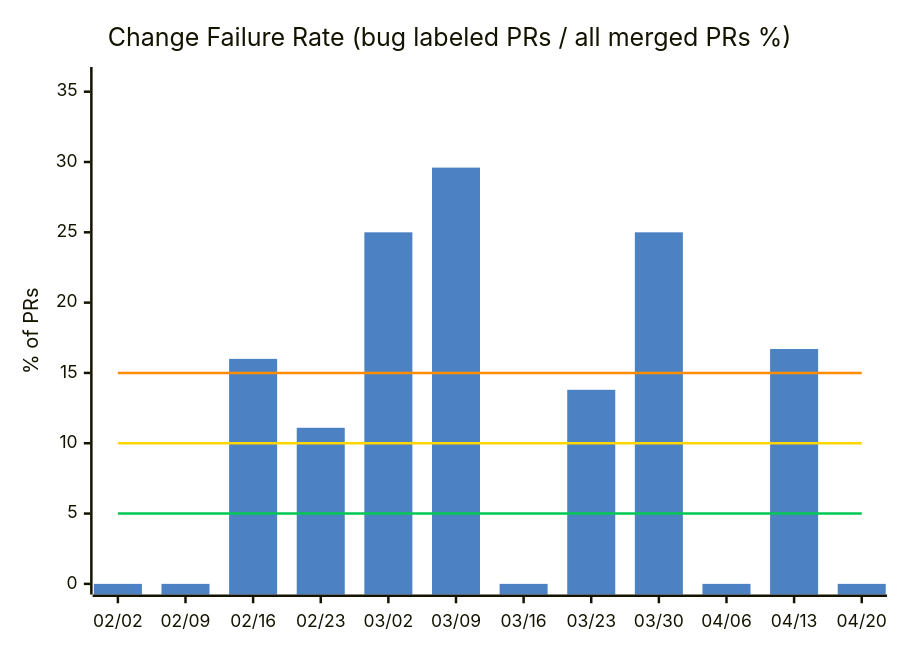
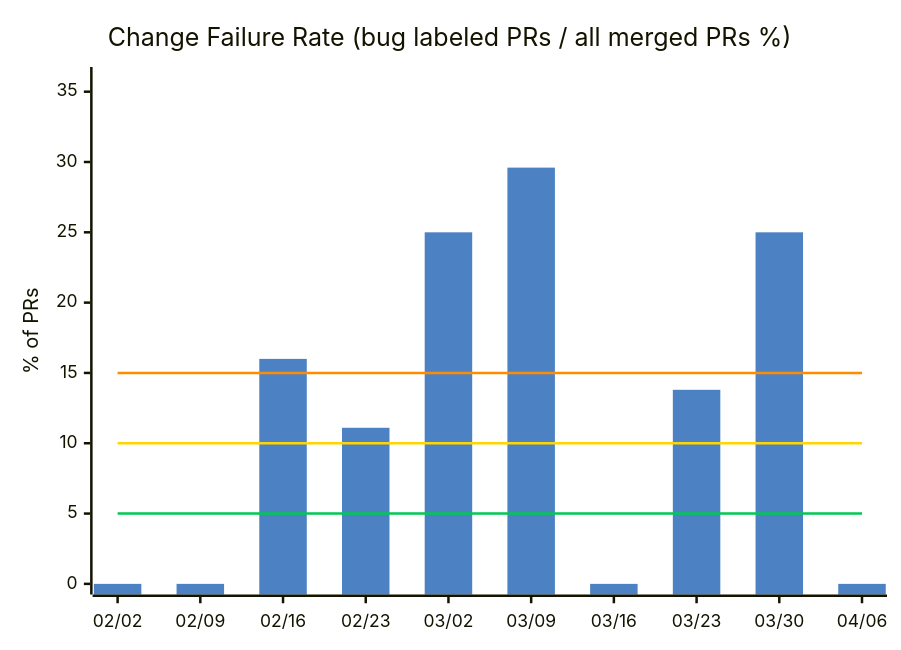
One commit to nablarch/nabledge-dev changed the third of 14 diagrams in docs/metrics.md. Above: the diagram before and after it, drawn with Mermaid. The commit also changed other lines of this file and 13372 other files, not shown here.

````diff
--- a/docs/metrics.md
+++ b/docs/metrics.md
@@ -61,11 +61,11 @@
 ```mermaid
 %%{init: {'theme': 'base', 'themeVariables': {'xyChart': {'plotColorPalette': '#4C82C3,#00C853,#FFD600,#FF8C00'}}}}%%
 xychart-beta
   title "Change Failure Rate (bug labeled PRs / all merged PRs %)"
-  x-axis ["02/02", "02/09", "02/16", "02/23", "03/02", "03/09", "03/16", "03/23", "03/30", "04/06", "04/13", "04/20"]
+  x-axis ["02/02", "02/09", "02/16", "02/23", "03/02", "03/09", "03/16", "03/23", "03/30", "04/06"]
   y-axis "% of PRs" 0 --> 36
-  bar [0, 0, 16, 11.1, 25, 29.6, 0, 13.8, 25, 0, 16.7, 0]
-  line [5, 5, 5, 5, 5, 5, 5, 5, 5, 5, 5, 5]
-  line [10, 10, 10, 10, 10, 10, 10, 10, 10, 10, 10, 10]
-  line [15, 15, 15, 15, 15, 15, 15, 15, 15, 15, 15, 15]
+  bar [0, 0, 16, 11.1, 25, 29.6, 0, 13.8, 25, 0]
+  line [5, 5, 5, 5, 5, 5, 5, 5, 5, 5]
+  line [10, 10, 10, 10, 10, 10, 10, 10, 10, 10]
+  line [15, 15, 15, 15, 15, 15, 15, 15, 15, 15]
 ```
````
